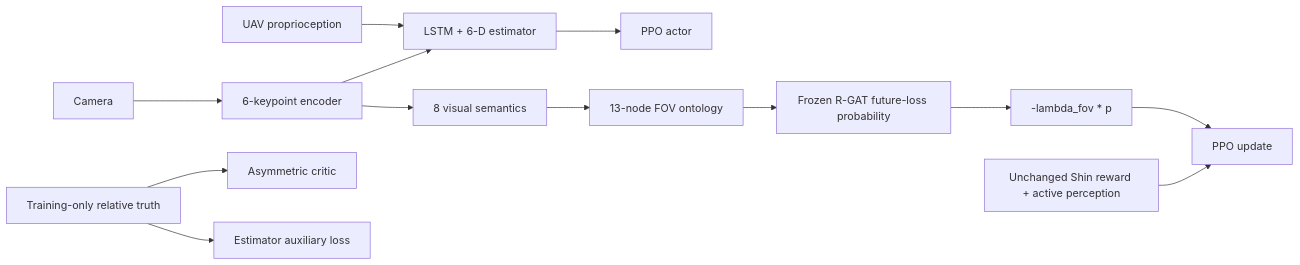
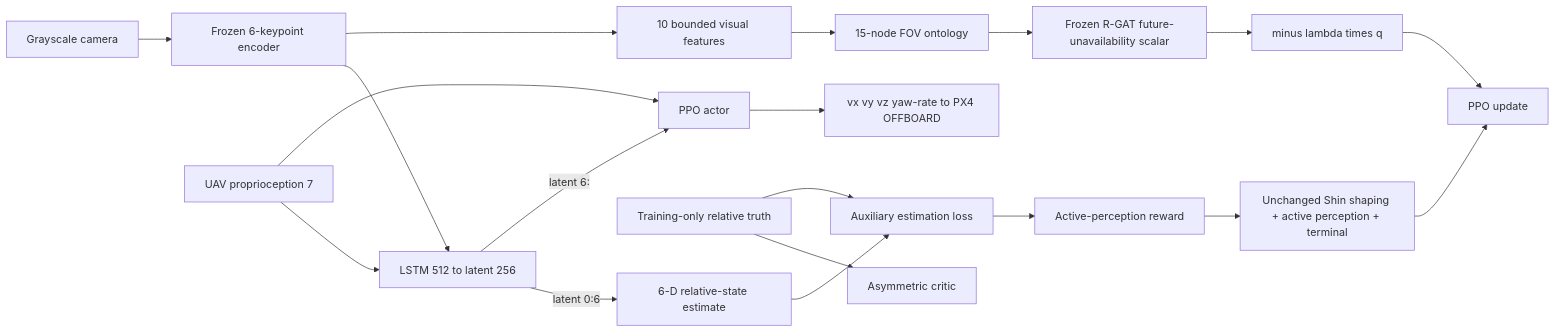
One commit to junsuk123/OntoReward-RL changed the diagram in Ontology_RGAT_UAV_RL_ISAAC_PX4/docs/SYSTEM_OVERVIEW.md. Above: the diagram before and after it, drawn with Mermaid. The commit also changed other lines of this file and 12 other files, not shown here.

First line of the commit message:
Refactor documentation and update comparison details for Ontology-R-GAT UAV landing

````diff
--- a/Ontology_RGAT_UAV_RL_ISAAC_PX4/docs/SYSTEM_OVERVIEW.md
+++ b/Ontology_RGAT_UAV_RL_ISAAC_PX4/docs/SYSTEM_OVERVIEW.md
@@ -12,11 +12,20 @@
 ```mermaid
 flowchart LR
-  CAM[Camera] --> KP[6-keypoint encoder] --> LSTM[LSTM + 6-D estimator]
-  UAV[UAV proprioception] --> LSTM --> ACT[PPO actor]
+  CAM[Grayscale camera] --> KP[Frozen 6-keypoint encoder]
+  KP --> LSTM[LSTM 512 to latent 256]
+  UAV[UAV proprioception 7] --> LSTM
+  LSTM -->|latent 0:6| EST[6-D relative-state estimate]
+  LSTM -->|latent 6:| ACT[PPO actor]
+  UAV --> ACT
+  ACT --> CMD[vx vy vz yaw-rate to PX4 OFFBOARD]
   TRUTH[Training-only relative truth] --> CRITIC[Asymmetric critic]
-  TRUTH --> AUX[Estimator auxiliary loss]
-  KP --> VIS[8 visual semantics] --> GRAPH[13-node FOV ontology]
-  GRAPH --> RGAT[Frozen R-GAT future-loss probability]
-  BASE[Unchanged Shin reward + active perception] --> PPO[PPO update]
-  RGAT --> ADD[-lambda_fov * p] --> PPO
+  TRUTH --> AUX[Auxiliary estimation loss]
+  EST --> AUX
+  AUX --> ACTIVE[Active-perception reward]
+  KP --> VIS[10 bounded visual features]
+  VIS --> GRAPH[15-node FOV ontology]
+  GRAPH --> RGAT[Frozen R-GAT future-unavailability scalar]
+  BASE[Unchanged Shin shaping + active perception + terminal] --> PPO[PPO update]
+  ACTIVE --> BASE
+  RGAT --> ADD[minus lambda times q] --> PPO
 ```
````
